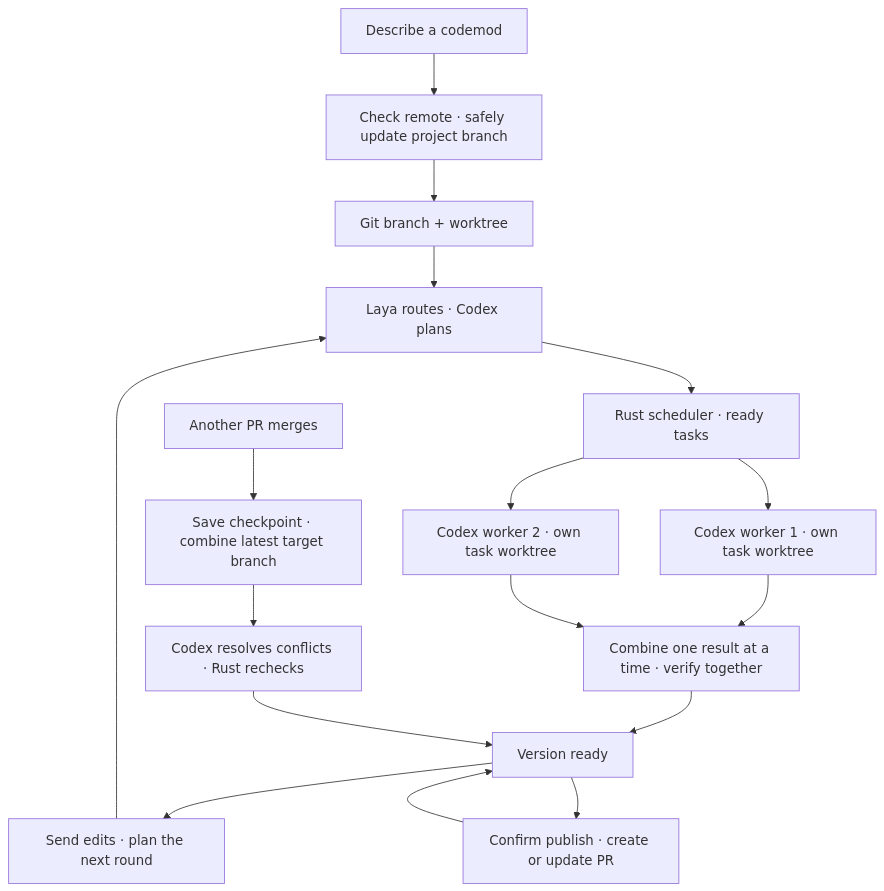
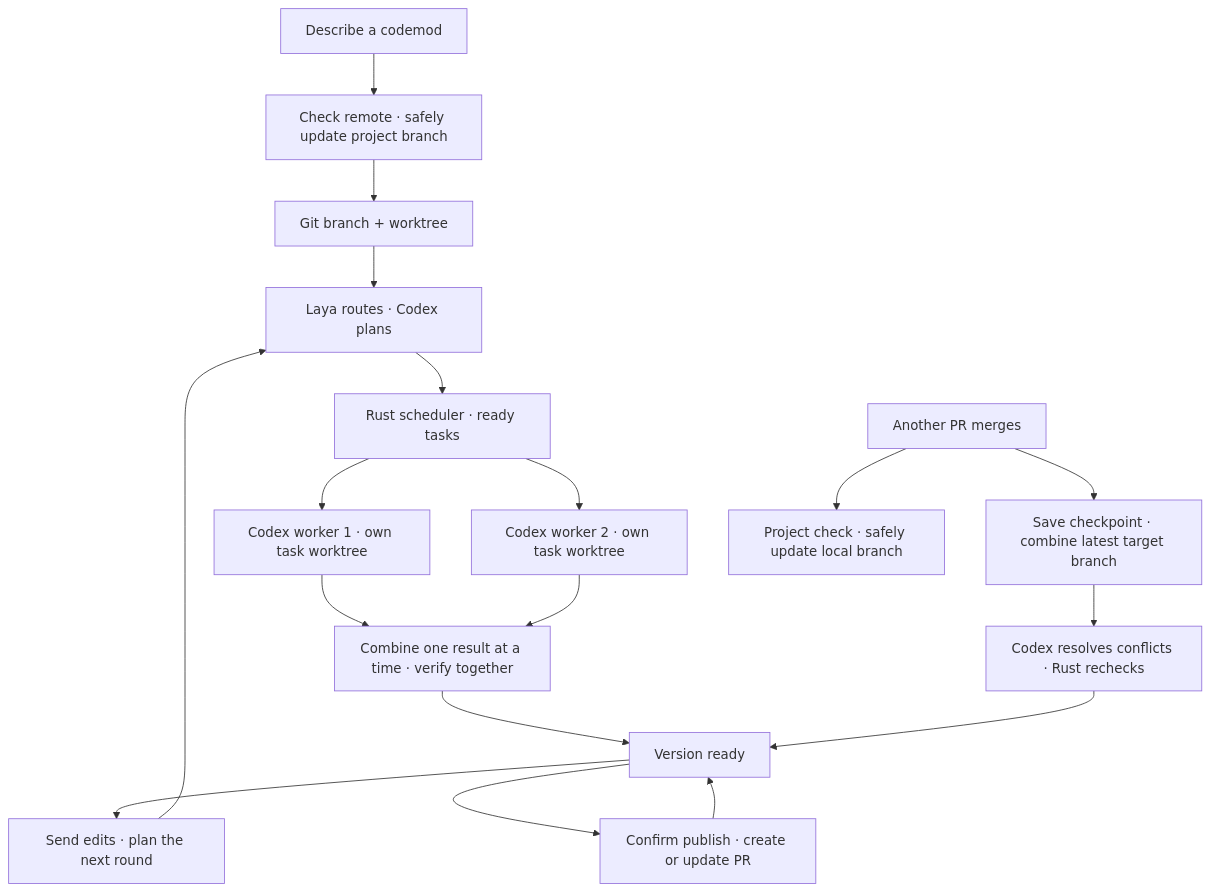
The diagram in README.md (minimumeffort-dev/sprowt.harness), drawn with Mermaid before and after one commit. The commit also changed other lines of this file and 11 other files, not shown here.

````diff
--- a/README.md
+++ b/README.md
@@ -33,19 +33,20 @@
 ```mermaid
 flowchart TB
     goal["Describe a codemod"] --> sync["Check remote · safely update project branch"]
     sync --> setup["Git branch + worktree"]
     setup --> planner["Laya routes · Codex plans"]
     planner --> schedule["Rust scheduler · ready tasks"]
     schedule --> first["Codex worker 1 · own task worktree"]
     schedule --> second["Codex worker 2 · own task worktree"]
     first --> combine["Combine one result at a time · verify together"]
     second --> combine
     combine --> ready["Version ready"]
     ready --> edits["Send edits · plan the next round"]
     edits --> planner
     ready --> publish["Confirm publish · create or update PR"]
     publish --> ready
     upstream["Another PR merges"] --> update["Save checkpoint · combine latest target branch"]
+    upstream --> local["Project check · safely update local branch"]
     update --> verify["Codex resolves conflicts · Rust rechecks"]
     verify --> ready
 ```
````
